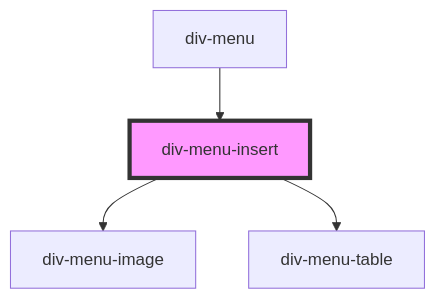
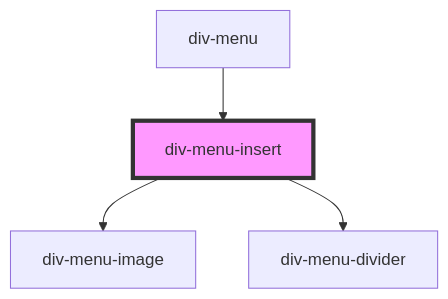
One commit to xlei1123/div-editor changed the diagram in packages/component-library/src/components/menu/insert/readme.md. Above: the diagram before and after it, drawn with Mermaid. The commit also changed other lines of this file and 17 other files, not shown here.

````diff
--- a/packages/component-library/src/components/menu/insert/readme.md
+++ b/packages/component-library/src/components/menu/insert/readme.md
@@ -27,7 +27,7 @@
 ```mermaid
 graph TD;
   div-menu-insert --> div-menu-image
-  div-menu-insert --> div-menu-table
+  div-menu-insert --> div-menu-divider
   div-menu --> div-menu-insert
   style div-menu-insert fill:#f9f,stroke:#333,stroke-width:4px
 ```
````
